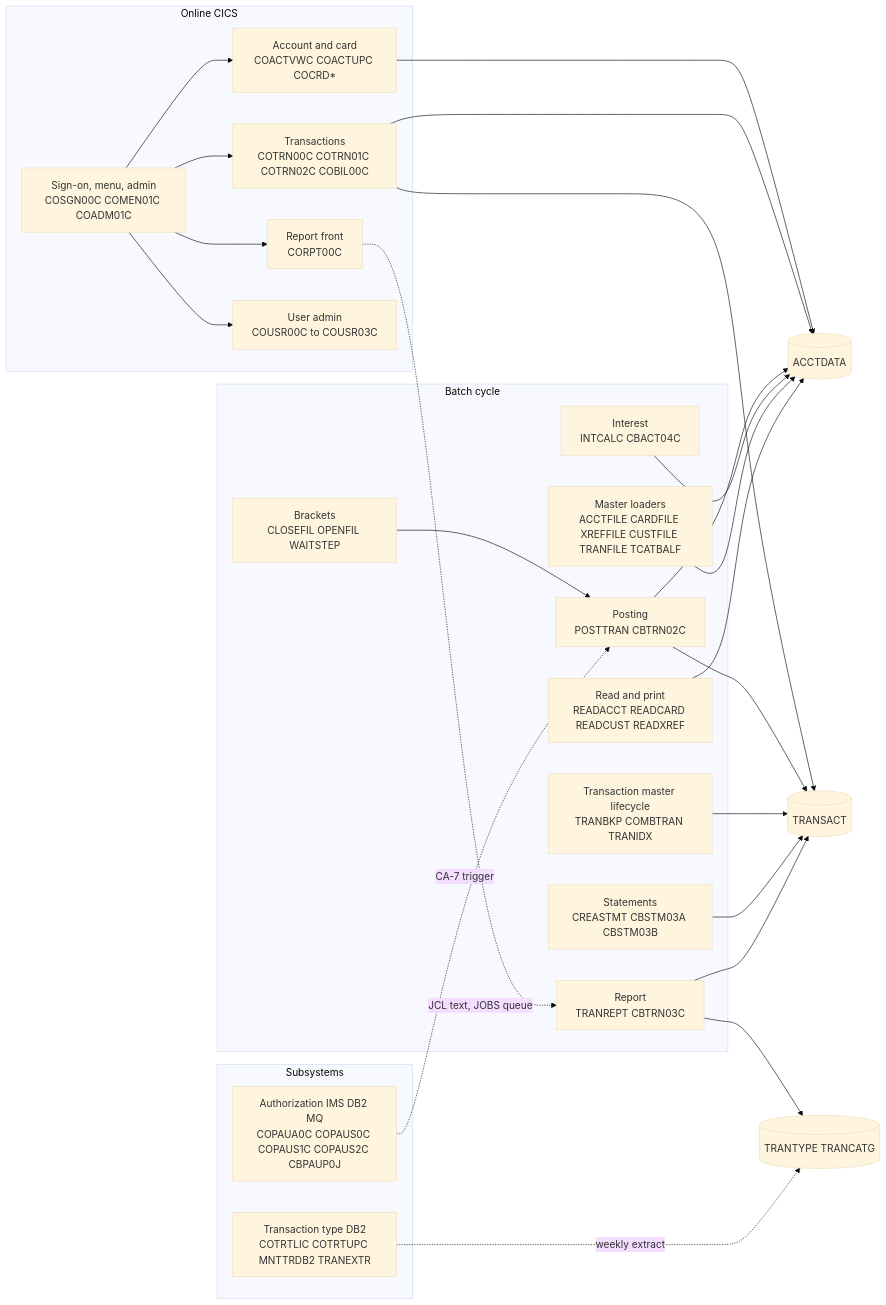
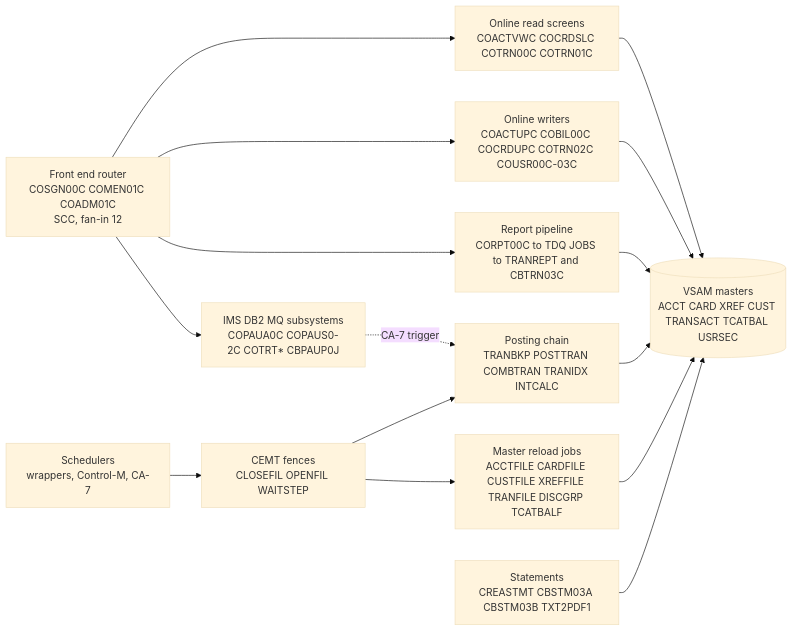
Before and after one commit to Sparq-Holding-Inc/claude-legacy-modernization: the diagram in evals/runs/carddemo-3/modernization-assessment/02-coupling.md, drawn with Mermaid (base theme). The commit also changed other lines of this file and 217 other files, not shown here.

````diff
--- a/evals/runs/carddemo-3/modernization-assessment/02-coupling.md
+++ b/evals/runs/carddemo-3/modernization-assessment/02-coupling.md
@@ -67,47 +57,28 @@
 ```mermaid
 flowchart LR
-  subgraph online[Online CICS]
-    SIGN[Sign-on, menu, admin<br/>COSGN00C COMEN01C COADM01C]
-    ACCT[Account and card<br/>COACTVWC COACTUPC COCRD*]
-    TRN[Transactions<br/>COTRN00C COTRN01C COTRN02C COBIL00C]
-    RPTF[Report front<br/>CORPT00C]
-    USR[User admin<br/>COUSR00C to COUSR03C]
-  end
-  subgraph batch[Batch cycle]
-    LOAD[Master loaders<br/>ACCTFILE CARDFILE XREFFILE CUSTFILE TRANFILE TCATBALF]
-    POST[Posting<br/>POSTTRAN CBTRN02C]
-    LIFE[Transaction master lifecycle<br/>TRANBKP COMBTRAN TRANIDX]
-    INT[Interest<br/>INTCALC CBACT04C]
-    REP[Report<br/>TRANREPT CBTRN03C]
-    STM[Statements<br/>CREASTMT CBSTM03A CBSTM03B]
-    READ[Read and print<br/>READACCT READCARD READCUST READXREF]
-    BRK[Brackets<br/>CLOSEFIL OPENFIL WAITSTEP]
-  end
-  subgraph sub[Subsystems]
-    AUTH[Authorization IMS DB2 MQ<br/>COPAUA0C COPAUS0C COPAUS1C COPAUS2C CBPAUP0J]
-    TYPE[Transaction type DB2<br/>COTRTLIC COTRTUPC MNTTRDB2 TRANEXTR]
-  end
-  ACCTDATA[(ACCTDATA)]
-  TRANSACT[(TRANSACT)]
-  REFDATA[(TRANTYPE TRANCATG)]
-  SIGN --> ACCT
-  SIGN --> TRN
-  SIGN --> RPTF
-  SIGN --> USR
-  ACCT --> ACCTDATA
-  TRN --> TRANSACT
-  TRN --> ACCTDATA
-  POST --> ACCTDATA
-  POST --> TRANSACT
-  INT --> ACCTDATA
-  LIFE --> TRANSACT
-  LOAD --> ACCTDATA
-  READ --> ACCTDATA
-  STM --> TRANSACT
-  REP --> TRANSACT
-  REP --> REFDATA
-  BRK --> POST
-  RPTF -.->|JCL text, JOBS queue| REP
-  AUTH -.->|CA-7 trigger| POST
-  TYPE -.->|weekly extract| REFDATA
+  FE["Front end router<br/>COSGN00C COMEN01C COADM01C<br/>SCC, fan-in 12"]
+  ORO["Online read screens<br/>COACTVWC COCRDSLC COTRN00C COTRN01C"]
+  OWR["Online writers<br/>COACTUPC COBIL00C COCRDUPC COTRN02C COUSR00C-03C"]
+  MAS[("VSAM masters<br/>ACCT CARD XREF CUST TRANSACT TCATBAL USRSEC")]
+  FENCE["CEMT fences<br/>CLOSEFIL OPENFIL WAITSTEP"]
+  POST["Posting chain<br/>TRANBKP POSTTRAN COMBTRAN TRANIDX INTCALC"]
+  LOAD["Master reload jobs<br/>ACCTFILE CARDFILE CUSTFILE XREFFILE TRANFILE DISCGRP TCATBALF"]
+  REP["Report pipeline<br/>CORPT00C to TDQ JOBS to TRANREPT and CBTRN03C"]
+  STM["Statements<br/>CREASTMT CBSTM03A CBSTM03B TXT2PDF1"]
+  SUB["IMS DB2 MQ subsystems<br/>COPAUA0C COPAUS0-2C COTRT* CBPAUP0J"]
+  SCH["Schedulers<br/>wrappers, Control-M, CA-7"]
+  FE --> ORO
+  FE --> OWR
+  FE --> REP
+  FE --> SUB
+  ORO --> MAS
+  OWR --> MAS
+  POST --> MAS
+  LOAD --> MAS
+  REP --> MAS
+  STM --> MAS
+  SCH --> FENCE
+  FENCE --> POST
+  FENCE --> LOAD
+  SUB -. "CA-7 trigger" .-> POST
 ```
````
